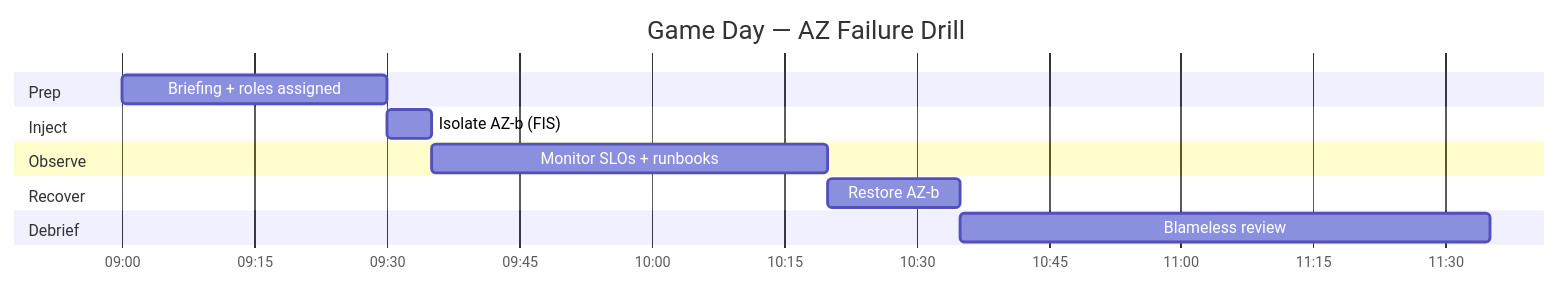
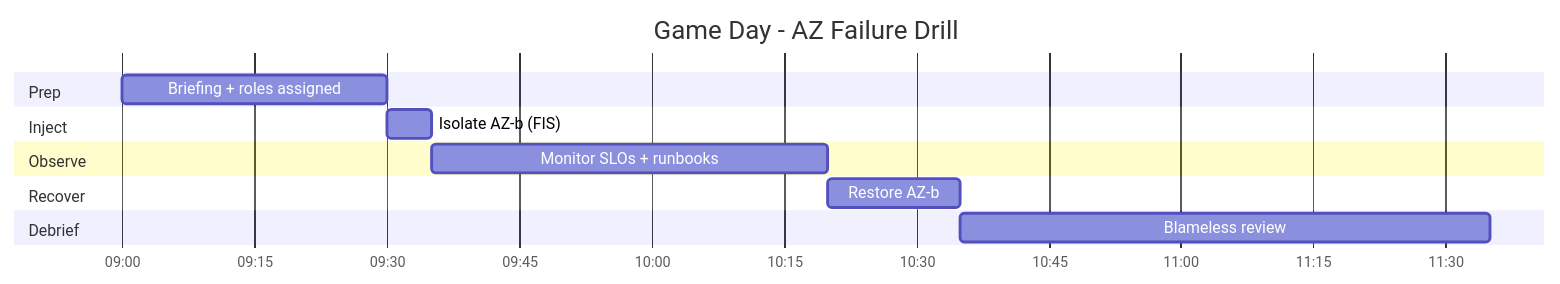
One commit to hareramcse/SystemDesign changed diagram 19 of 21 in 12-reliability-engineering/README.md. Above: the diagram before and after it, drawn with Mermaid. The commit also changed other lines of this file and 14 other files, not shown here.

````diff
--- a/12-reliability-engineering/README.md
+++ b/12-reliability-engineering/README.md
@@ -944,17 +944,17 @@
 ```mermaid
 gantt
-    title Game Day — AZ Failure Drill
+    title Game Day - AZ Failure Drill
     dateFormat HH:mm
     axisFormat %H:%M
 
     section Prep
     Briefing + roles assigned    :09:00, 30m
     section Inject
     Isolate AZ-b (FIS)           :09:30, 5m
     section Observe
     Monitor SLOs + runbooks      :09:35, 45m
     section Recover
     Restore AZ-b                 :10:20, 15m
     section Debrief
     Blameless review             :10:35, 60m
 ```
````
